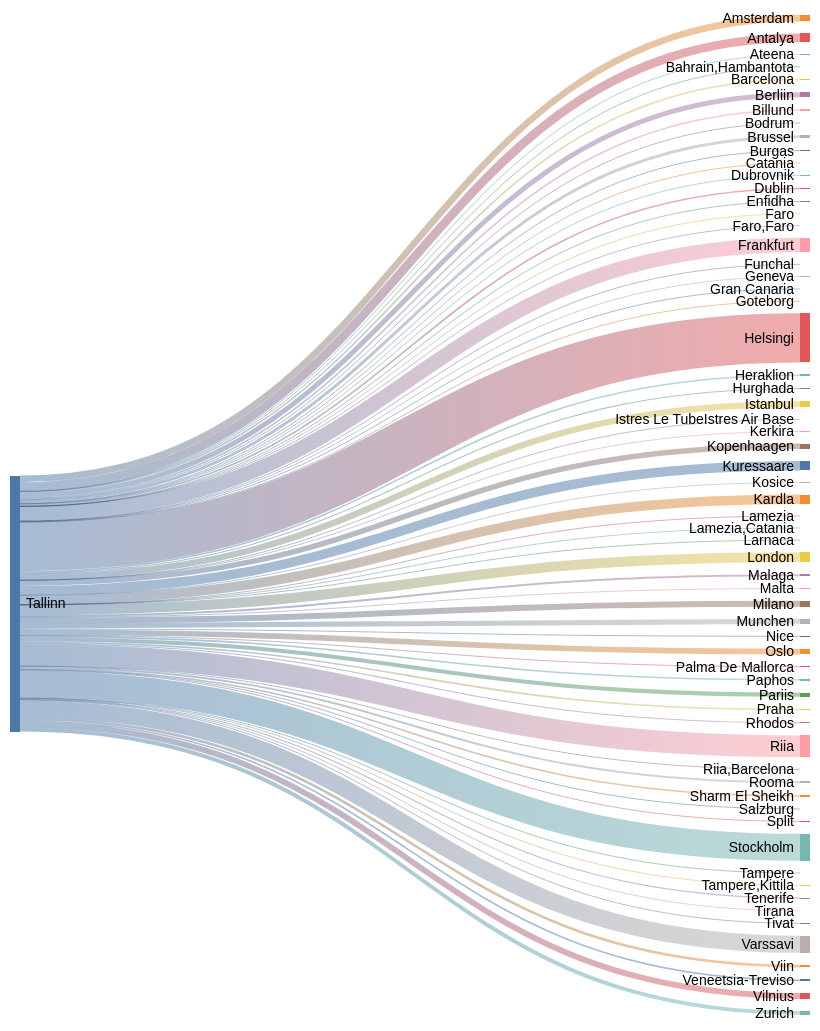
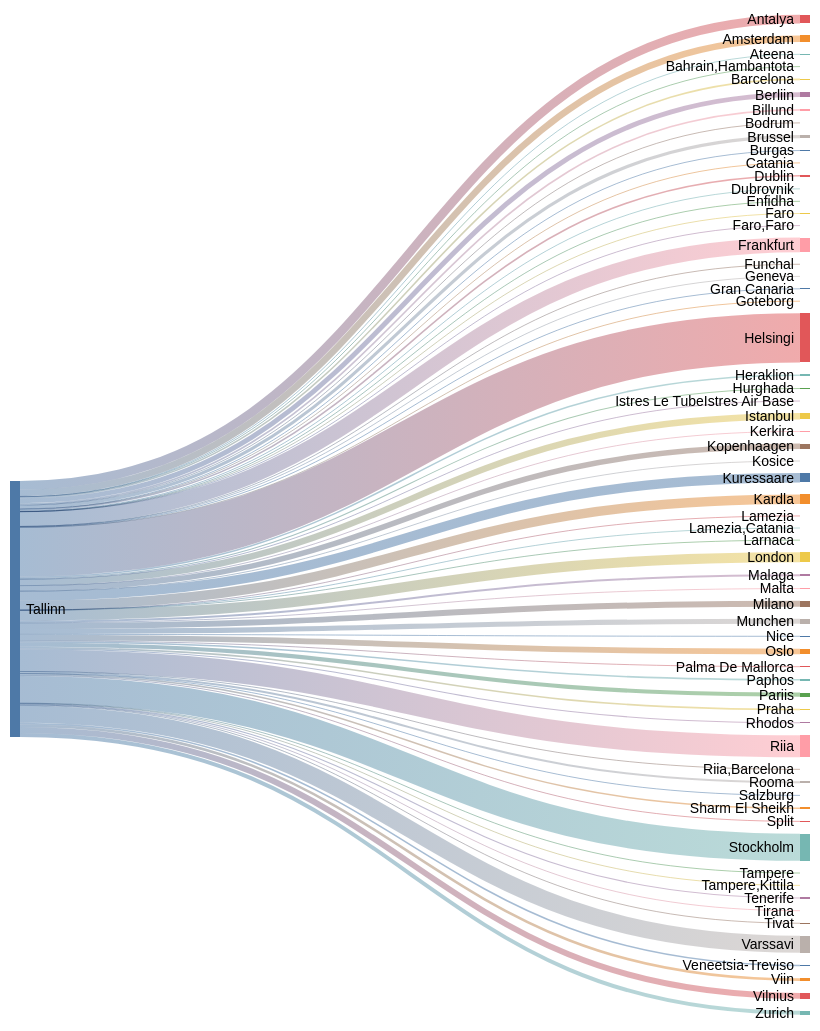
One commit to rainermesi/tll-airport-departures changed the second of 2 diagrams in README.md. Above: the diagram before and after it, drawn with Mermaid (neutral theme). The commit also changed other lines of this file, not shown here.

````diff
--- a/README.md
+++ b/README.md
@@ -34,76 +34,76 @@
 ```mermaid
 ---
 config:
   sankey:
     showValues: false
     width: 800
     height: 1000
 ---
 sankey-beta
 %% source,target,value
-Tallinn,Amsterdam,198
+Tallinn,Amsterdam,200
 Tallinn,Antalya,264
 Tallinn,Ateena,16
 Tallinn,"Bahrain,Hambantota",1
 Tallinn,Barcelona,47
 Tallinn,Berliin,150
 Tallinn,Billund,49
 Tallinn,Bodrum,11
-Tallinn,Brussel,93
+Tallinn,Brussel,94
 Tallinn,Burgas,21
 Tallinn,Catania,2
 Tallinn,Dublin,48
 Tallinn,Dubrovnik,21
 Tallinn,Enfidha,7
 Tallinn,Faro,4
 Tallinn,"Faro,Faro",1
-Tallinn,Frankfurt,439
+Tallinn,Frankfurt,442
 Tallinn,Funchal,5
 Tallinn,Geneva,3
 Tallinn,Gran Canaria,23
 Tallinn,Goteborg,1
-Tallinn,Helsingi,1484
+Tallinn,Helsingi,1493
 Tallinn,Heraklion,46
 Tallinn,Hurghada,32
-Tallinn,Istanbul,191
+Tallinn,Istanbul,192
 Tallinn,Istres Le TubeIstres Air Base,2
 Tallinn,Kerkira,4
-Tallinn,Kopenhaagen,165
+Tallinn,Kopenhaagen,166
 Tallinn,Kosice,1
-Tallinn,Kuressaare,285
-Tallinn,Kardla,285
+Tallinn,Kuressaare,287
+Tallinn,Kardla,287
 Tallinn,Lamezia,1
 Tallinn,"Lamezia,Catania",3
 Tallinn,Larnaca,4
-Tallinn,London,305
-Tallinn,Malaga,60
+Tallinn,London,307
+Tallinn,Malaga,61
 Tallinn,Malta,15
-Tallinn,Milano,180
+Tallinn,Milano,181
 Tallinn,Munchen,154
 Tallinn,Nice,25
 Tallinn,Oslo,172
 Tallinn,Palma De Mallorca,19
 Tallinn,Paphos,47
-Tallinn,Pariis,125
+Tallinn,Pariis,126
 Tallinn,Praha,49
 Tallinn,Rhodos,32
-Tallinn,Riia,662
+Tallinn,Riia,666
 Tallinn,"Riia,Barcelona",1
 Tallinn,Rooma,60
 Tallinn,Salzburg,4
 Tallinn,Sharm El Sheikh,46
 Tallinn,Split,25
-Tallinn,Stockholm,816
+Tallinn,Stockholm,818
 Tallinn,Tampere,17
 Tallinn,"Tampere,Kittila",4
 Tallinn,Tenerife,34
 Tallinn,Tirana,8
 Tallinn,Tivat,26
-Tallinn,Varssavi,514
+Tallinn,Varssavi,516
 Tallinn,Veneetsia-Treviso,48
 Tallinn,Viin,79
-Tallinn,Vilnius,177
-Tallinn,Zurich,119
+Tallinn,Vilnius,179
+Tallinn,Zurich,120
 
 
 ```
````
